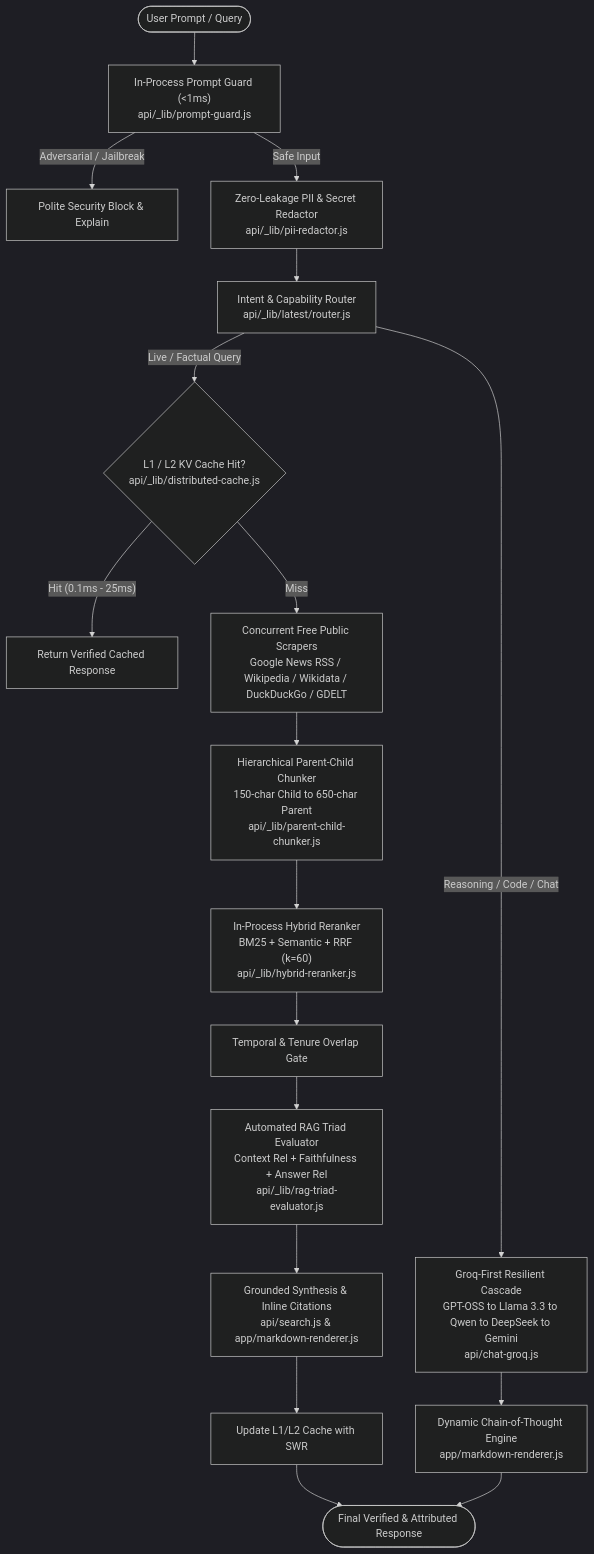
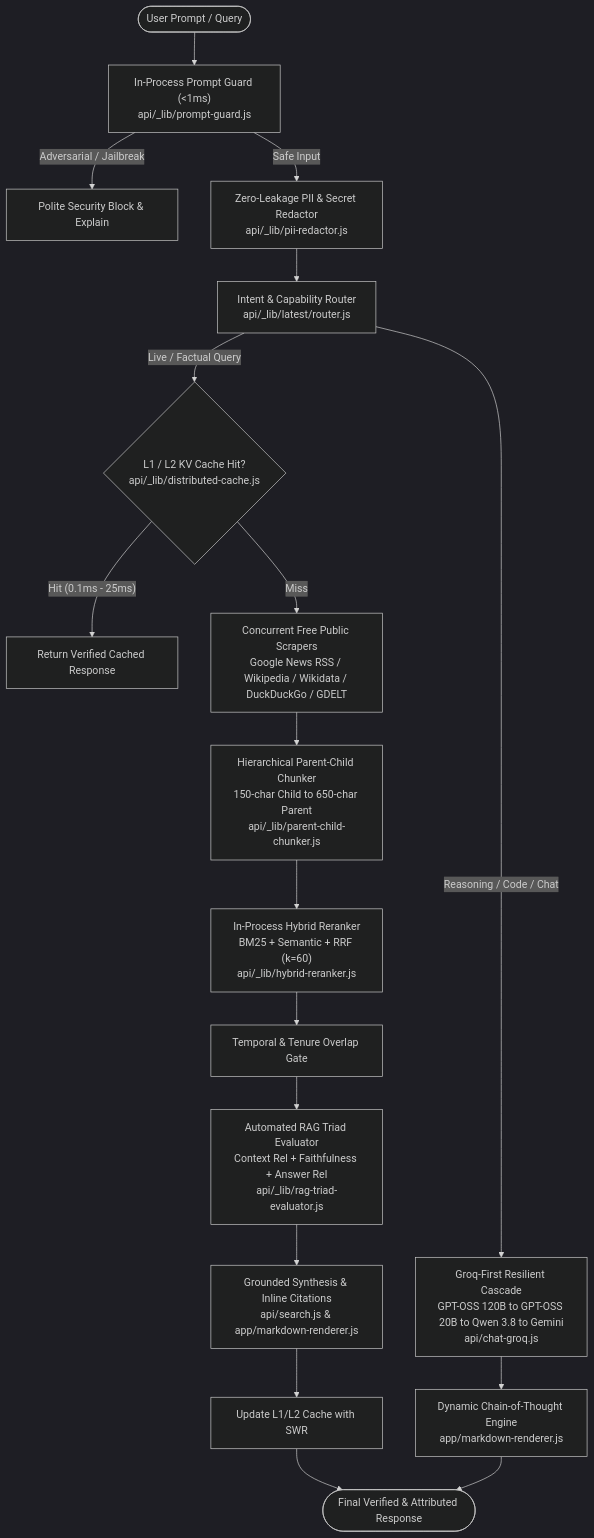
Before and after one commit to PrithvirajuVenkataraman/JARVIS: the diagram in ENTERPRISE_RAG_AND_SYSTEM_ARCHITECTURE.md, drawn with Mermaid (dark theme). The commit also changed other lines of this file, not shown here.

````diff
--- a/ENTERPRISE_RAG_AND_SYSTEM_ARCHITECTURE.md
+++ b/ENTERPRISE_RAG_AND_SYSTEM_ARCHITECTURE.md
@@ -9,35 +9,35 @@
 ```mermaid
 flowchart TD
     User(["User Prompt / Query"]) --> SecGuard["In-Process Prompt Guard (&lt;1ms)<br/>api/_lib/prompt-guard.js"]
     
     SecGuard -->|"Adversarial / Jailbreak"| RejectBlock["Polite Security Block & Explain"]
     SecGuard -->|"Safe Input"| PIIRedact["Zero-Leakage PII & Secret Redactor<br/>api/_lib/pii-redactor.js"]
     
     PIIRedact --> Router["Intent & Capability Router<br/>api/_lib/latest/router.js"]
     
     %% RAG Branch
     Router -->|"Live / Factual Query"| CacheCheck{"L1 / L2 KV Cache Hit?<br/>api/_lib/distributed-cache.js"}
     
     CacheCheck -->|"Hit (0.1ms - 25ms)"| ReturnCached["Return Verified Cached Response"]
     
     CacheCheck -->|"Miss"| ScraperRound["Concurrent Free Public Scrapers<br/>Google News RSS / Wikipedia / Wikidata / DuckDuckGo / GDELT"]
     
     ScraperRound --> Chunker["Hierarchical Parent-Child Chunker<br/>150-char Child to 650-char Parent<br/>api/_lib/parent-child-chunker.js"]
     
     Chunker --> HybridRerank["In-Process Hybrid Reranker<br/>BM25 + Semantic + RRF (k=60)<br/>api/_lib/hybrid-reranker.js"]
     
     HybridRerank --> TemporalGate["Temporal & Tenure Overlap Gate"]
     
     TemporalGate --> TriadEval["Automated RAG Triad Evaluator<br/>Context Rel + Faithfulness + Answer Rel<br/>api/_lib/rag-triad-evaluator.js"]
     
     TriadEval --> Synthesis["Grounded Synthesis & Inline Citations<br/>api/search.js & app/markdown-renderer.js"]
     
     Synthesis --> WriteCache["Update L1/L2 Cache with SWR"]
     WriteCache --> FinalResponse(["Final Verified & Attributed Response"])
     
     %% Direct LLM Branch
-    Router -->|"Reasoning / Code / Chat"| GroqCascade["Groq-First Resilient Cascade<br/>GPT-OSS to Llama 3.3 to Qwen to DeepSeek to Gemini<br/>api/chat-groq.js"]
+    Router -->|"Reasoning / Code / Chat"| GroqCascade["Groq-First Resilient Cascade<br/>GPT-OSS 120B to GPT-OSS 20B to Qwen 3.8 to Gemini<br/>api/chat-groq.js"]
     
     GroqCascade --> CoTThinking["Dynamic Chain-of-Thought Engine<br/>app/markdown-renderer.js"]
     CoTThinking --> FinalResponse
 ```
````
